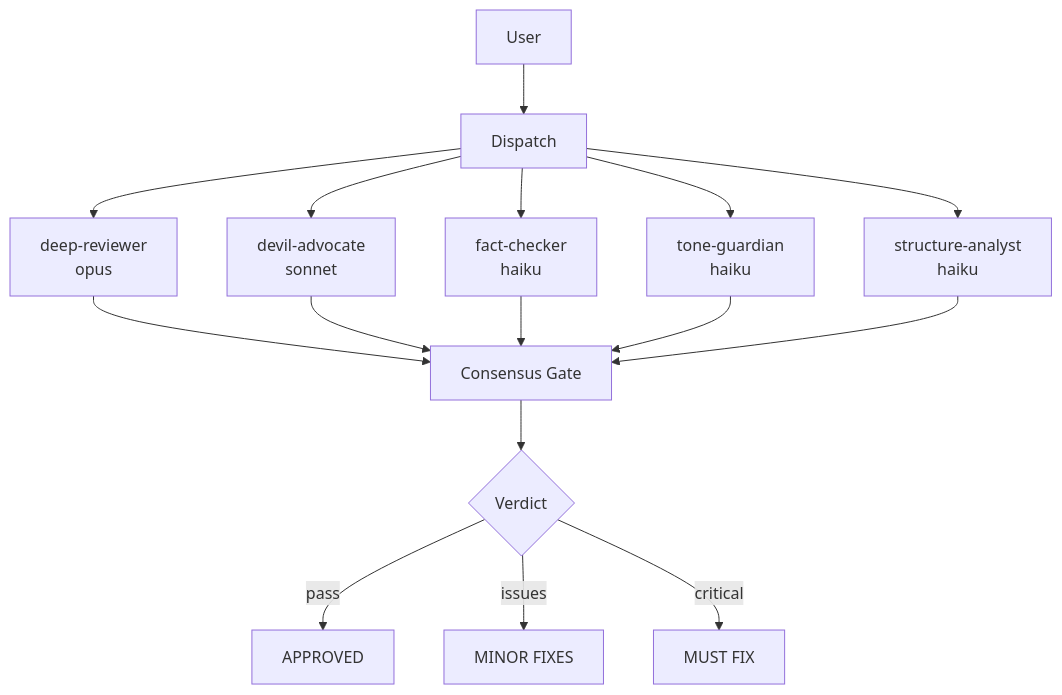
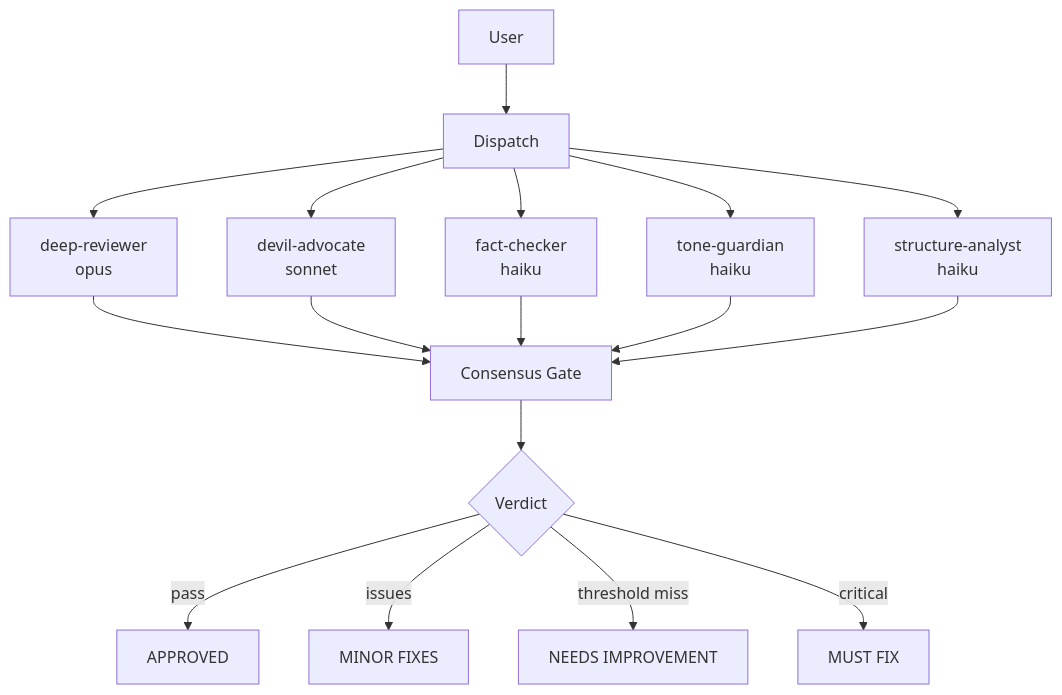
One commit to unclejobs-ai/second-claude-code changed the second of 2 diagrams in README.ko.md. Above: the diagram before and after it, drawn with Mermaid. The commit also changed other lines of this file and 63 other files, not shown here.

````diff
--- a/README.ko.md
+++ b/README.ko.md
@@ -188,18 +207,19 @@
 ```mermaid
 graph TD
     U[User] --> D[Dispatch]
     D --> DR[deep-reviewer<br/>opus]
     D --> DA[devil-advocate<br/>sonnet]
     D --> FC[fact-checker<br/>haiku]
     D --> TG[tone-guardian<br/>haiku]
     D --> SA[structure-analyst<br/>haiku]
     DR --> G[Consensus Gate]
     DA --> G
     FC --> G
     TG --> G
     SA --> G
     G --> V{Verdict}
     V -->|pass| AP[APPROVED]
     V -->|issues| MF[MINOR FIXES]
+    V -->|threshold miss| NI[NEEDS IMPROVEMENT]
     V -->|critical| MU[MUST FIX]
 ```
````
